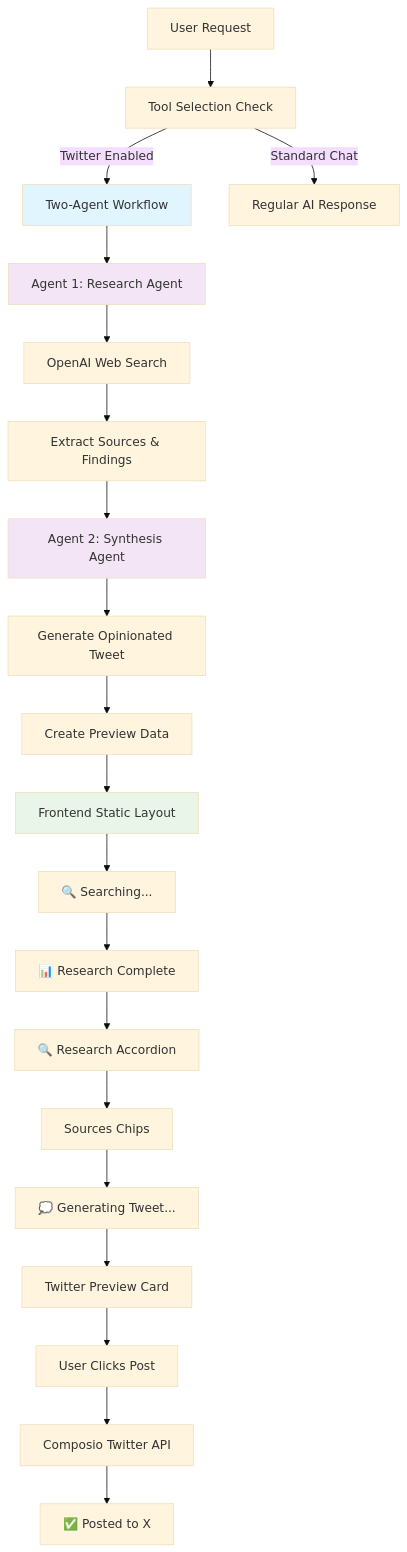
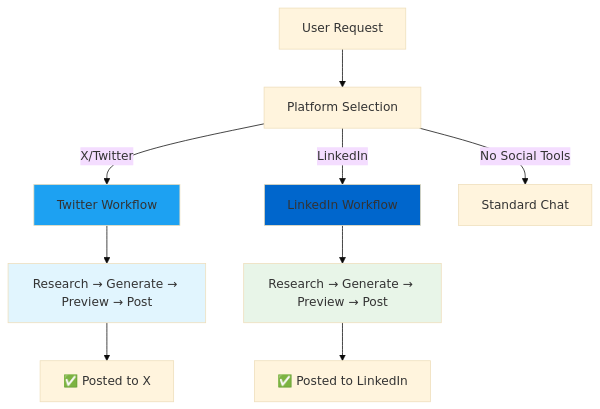
Before and after one commit to jayabdulraman/lazy-posts: the diagram in README.md, drawn with Mermaid (base theme). The commit also changed other lines of this file and 12 other files, not shown here.

Commit message:
added linkedin tool to auth, and post

````diff
--- a/README.md
+++ b/README.md
@@ -39,31 +41,18 @@
 ```mermaid
 graph TD
-    A[User Request] --> B[Tool Selection Check]
-    B -->|Twitter Enabled| C[Two-Agent Workflow]
-    B -->|Standard Chat| D[Regular AI Response]
+    A[User Request] --> B[Platform Selection]
+    B -->|X/Twitter| C[Twitter Workflow]
+    B -->|LinkedIn| D[LinkedIn Workflow]
+    B -->|No Social Tools| E[Standard Chat]
     
-    C --> E[Agent 1: Research Agent]
-    E --> F[OpenAI Web Search]
-    F --> G[Extract Sources & Findings]
+    C --> F[Research → Generate → Preview → Post]
+    D --> G[Research → Generate → Preview → Post]
     
-    G --> H[Agent 2: Synthesis Agent]
-    H --> I[Generate Opinionated Tweet]
-    I --> J[Create Preview Data]
+    F --> H[✅ Posted to X]
+    G --> I[✅ Posted to LinkedIn]
     
-    J --> K[Frontend Static Layout]
-    K --> L[🔍 Searching...]
-    L --> M[📊 Research Complete]
-    M --> N[🔍 Research Accordion]
-    N --> O[Sources Chips]
-    O --> P[💭 Generating Tweet...]
-    P --> Q[Twitter Preview Card]
-    
-    Q --> R[User Clicks Post]
-    R --> S[Composio Twitter API]
-    S --> T[✅ Posted to X]
-    
-    style C fill:#e1f5fe
-    style E fill:#f3e5f5
-    style H fill:#f3e5f5
-    style K fill:#e8f5e8
+    style C fill:#1da1f2
+    style D fill:#0066cc
+    style F fill:#e1f5fe
+    style G fill:#e8f5e8
 ```
````
